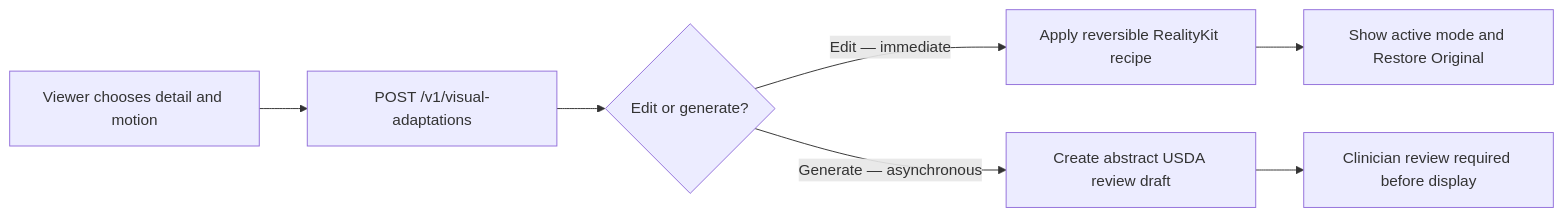
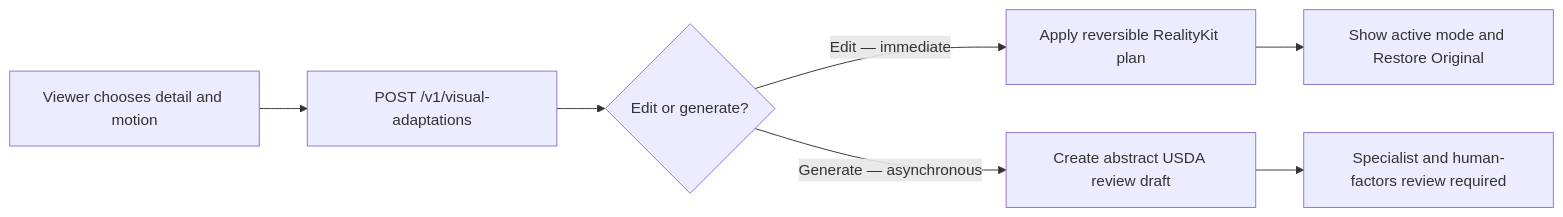
Before and after one commit to chocoHacks33/Stroke-VisionOS: the second of 2 diagrams in README.md, drawn with Mermaid. The commit also changed other lines of this file and 35 other files, not shown here.

````diff
--- a/README.md
+++ b/README.md
@@ -152,9 +159,9 @@
 ```mermaid
 flowchart LR
     A["Viewer chooses detail and motion"] --> B["POST /v1/visual-adaptations"]
     B --> C{"Edit or generate?"}
-    C -->|"Edit — immediate"| D["Apply reversible RealityKit recipe"]
+    C -->|"Edit — immediate"| D["Apply reversible RealityKit plan"]
     C -->|"Generate — asynchronous"| E["Create abstract USDA review draft"]
     D --> F["Show active mode and Restore Original"]
-    E --> G["Clinician review required before display"]
+    E --> G["Specialist and human-factors review required"]
 ```
````
